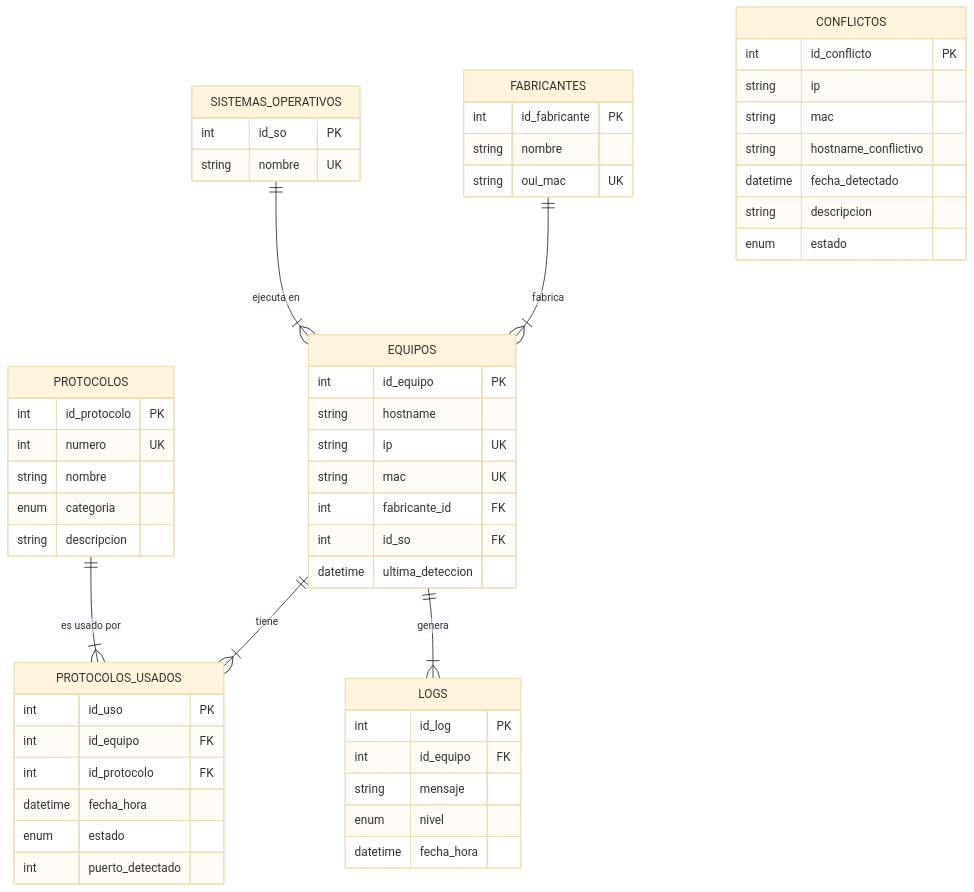
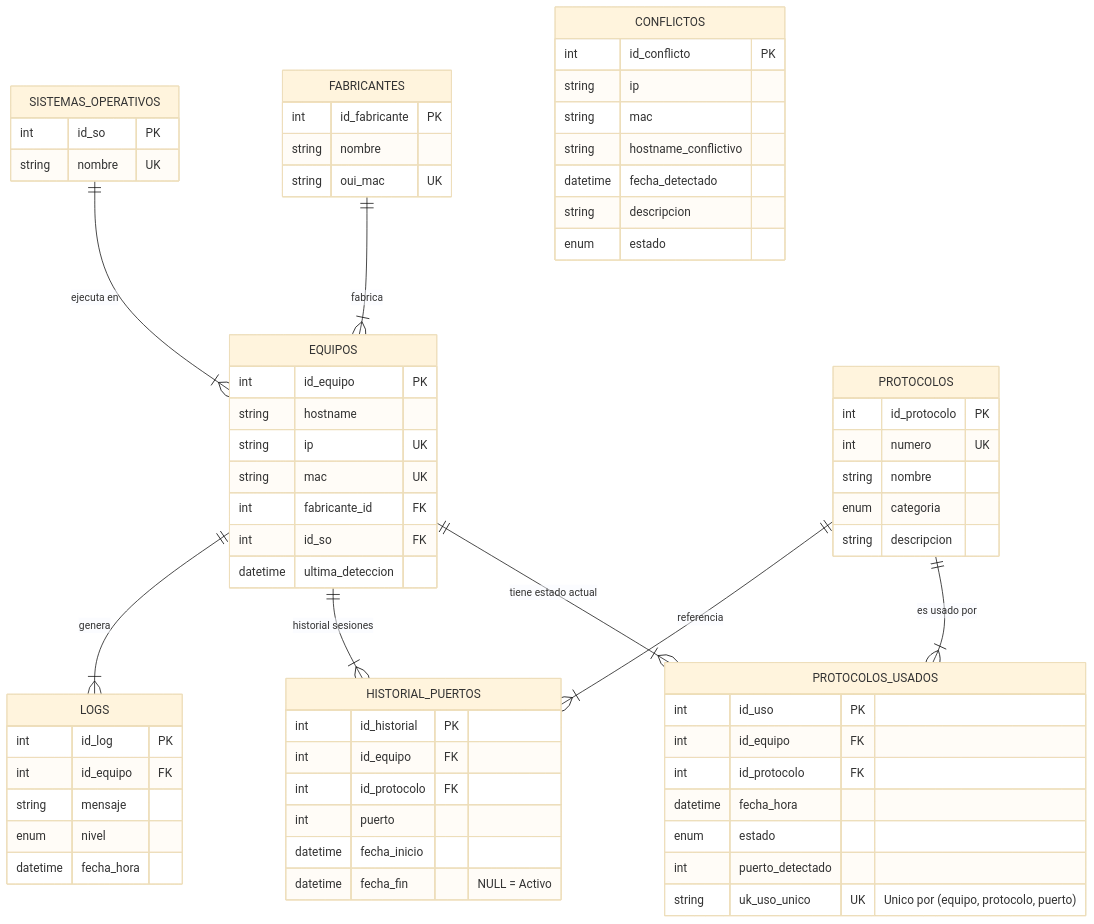
One commit to HectorPOsuna/escaner-red changed the diagram in docs/database/SCHEMA.md. Above: the diagram before and after it, drawn with Mermaid (base theme). The commit also changed other lines of this file and 3 other files, not shown here.

````diff
--- a/docs/database/SCHEMA.md
+++ b/docs/database/SCHEMA.md
@@ -7,64 +7,76 @@
 ```mermaid
 erDiagram
     FABRICANTES ||--|{ EQUIPOS : "fabrica"
     SISTEMAS_OPERATIVOS ||--|{ EQUIPOS : "ejecuta en"
-    EQUIPOS ||--|{ PROTOCOLOS_USADOS : "tiene"
+    EQUIPOS ||--|{ PROTOCOLOS_USADOS : "tiene estado actual"
+    EQUIPOS ||--|{ HISTORIAL_PUERTOS : "historial sesiones"
     PROTOCOLOS ||--|{ PROTOCOLOS_USADOS : "es usado por"
+    PROTOCOLOS ||--|{ HISTORIAL_PUERTOS : "referencia"
     EQUIPOS ||--|{ LOGS : "genera"
     
     FABRICANTES {
         int id_fabricante PK
         string nombre
         string oui_mac UK
     }
 
     SISTEMAS_OPERATIVOS {
         int id_so PK
         string nombre UK
     }
 
     EQUIPOS {
         int id_equipo PK
         string hostname
         string ip UK
         string mac UK
         int fabricante_id FK
         int id_so FK
         datetime ultima_deteccion
     }
 
     PROTOCOLOS {
         int id_protocolo PK
         int numero UK
         string nombre
         enum categoria
         string descripcion
     }
 
     PROTOCOLOS_USADOS {
         int id_uso PK
         int id_equipo FK
         int id_protocolo FK
         datetime fecha_hora
         enum estado
         int puerto_detectado
+        string uk_uso_unico UK "Unico por (equipo, protocolo, puerto)"
+    }
+
+    HISTORIAL_PUERTOS {
+        int id_historial PK
+        int id_equipo FK
+        int id_protocolo FK
+        int puerto
+        datetime fecha_inicio
+        datetime fecha_fin "NULL = Activo"
     }
 
     CONFLICTOS {
         int id_conflicto PK
         string ip
         string mac
         string hostname_conflictivo
         datetime fecha_detectado
         string descripcion
         enum estado
     }
 
     LOGS {
         int id_log PK
         int id_equipo FK
         string mensaje
         enum nivel
         datetime fecha_hora
     }
 ```
````
